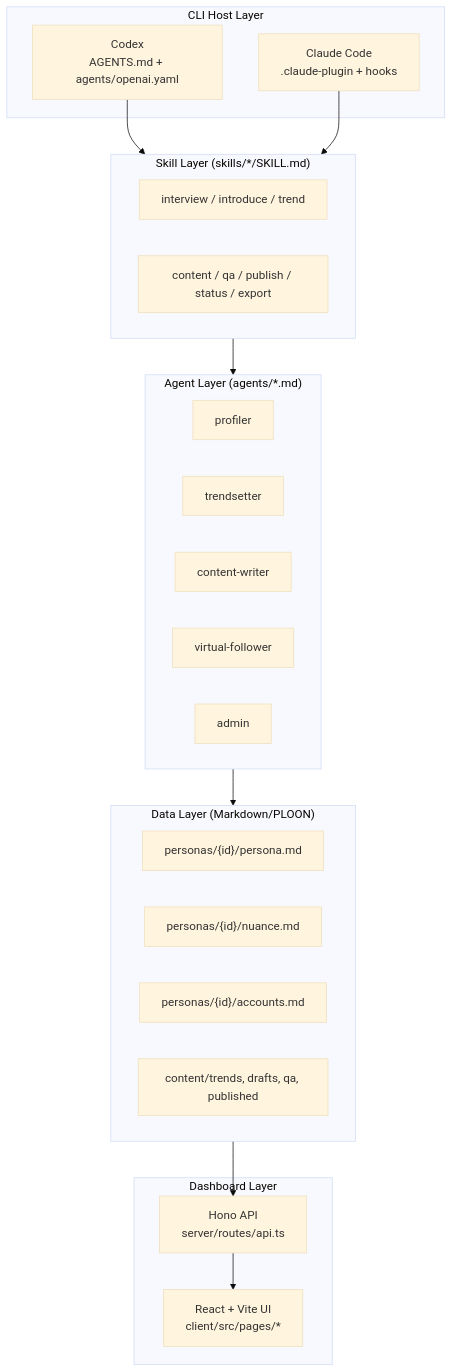
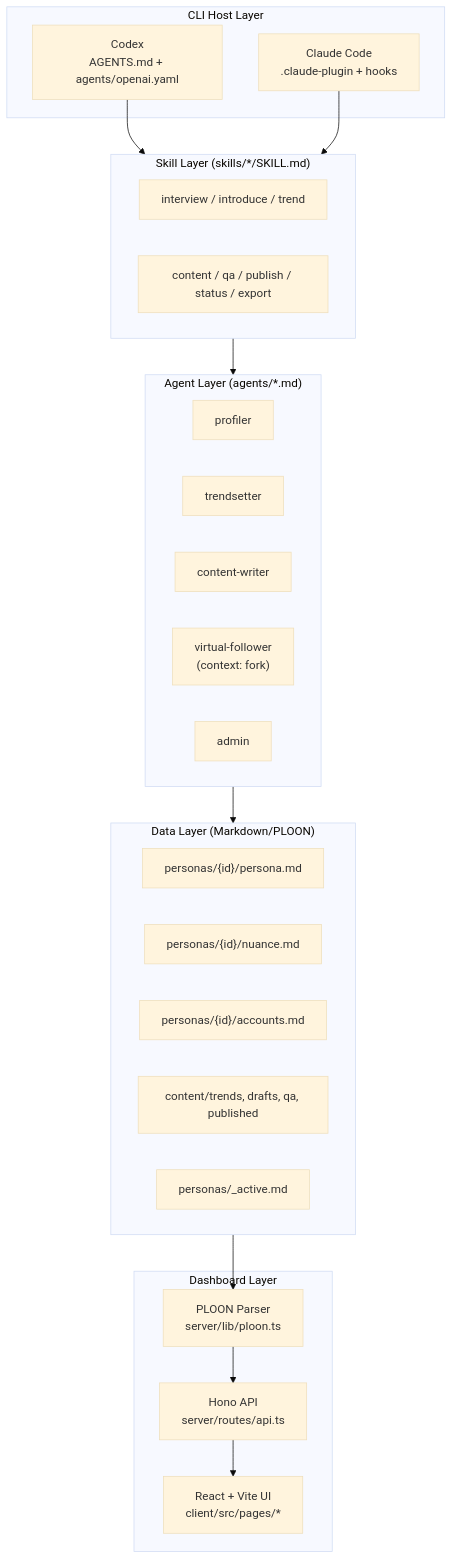
The first of 8 diagrams in polysona/00-diagram.md (kimchanhyung98/agentic-workflows), drawn with Mermaid (base theme) before and after one commit. The commit also changed other lines of this file and 4 other files, not shown here.

````diff
--- a/polysona/00-diagram.md
+++ b/polysona/00-diagram.md
@@ -5,39 +5,42 @@
 ```mermaid
 flowchart TD
     subgraph Host["CLI Host Layer"]
         H1["Codex<br/>AGENTS.md + agents/openai.yaml"]
         H2["Claude Code<br/>.claude-plugin + hooks"]
     end
 
     subgraph Skills["Skill Layer (skills/*/SKILL.md)"]
         S1["interview / introduce / trend"]
         S2["content / qa / publish / status / export"]
     end
 
     subgraph Agents["Agent Layer (agents/*.md)"]
         A1["profiler"]
         A2["trendsetter"]
         A3["content-writer"]
-        A4["virtual-follower"]
+        A4["virtual-follower<br/>(context: fork)"]
         A5["admin"]
     end
 
     subgraph Data["Data Layer (Markdown/PLOON)"]
         D1["personas/{id}/persona.md"]
         D2["personas/{id}/nuance.md"]
         D3["personas/{id}/accounts.md"]
         D4["content/trends, drafts, qa, published"]
+        D5["personas/_active.md"]
     end
 
     subgraph Dashboard["Dashboard Layer"]
         DB1["Hono API<br/>server/routes/api.ts"]
         DB2["React + Vite UI<br/>client/src/pages/*"]
+        DB3["PLOON Parser<br/>server/lib/ploon.ts"]
     end
 
     H1 --> Skills
     H2 --> Skills
     Skills --> Agents
     Agents --> Data
-    Data --> DB1
+    Data --> DB3
+    DB3 --> DB1
     DB1 --> DB2
 ```
````
